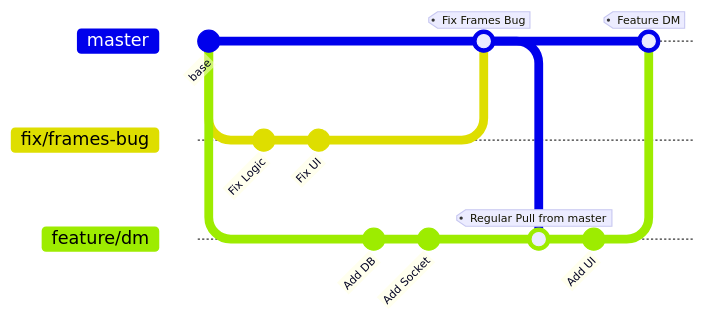
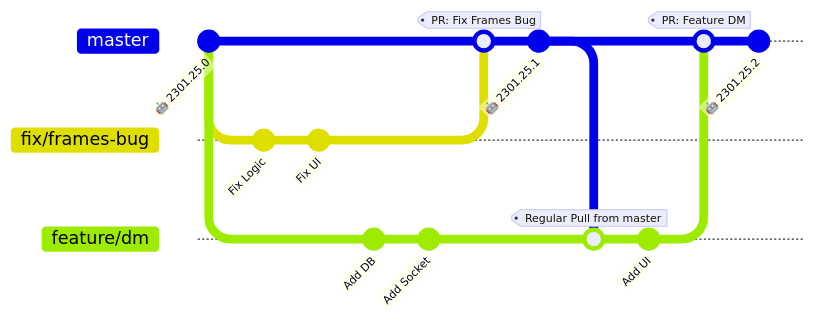
Before and after one commit to okmanideep/app-branching-strategy: the first of 3 diagrams in README.md, drawn with Mermaid. The commit also changed other lines of this file, not shown here.

Commit message:
Update diagrams with bot commits

````diff
--- a/README.md
+++ b/README.md
@@ -19,20 +18,22 @@
 ```mermaid
 %%{init: { 'gitGraph': {'mainBranchName': 'master', 'showCommitLabel': true}} }%%
 
 gitGraph
-	commit id: "base"
+	commit id: "🤖 2301.25.0"
 	branch fix/frames-bug
 	commit id: "Fix Logic"
 	commit id: "Fix UI"
 	checkout master
 	branch feature/dm
 	commit id: "Add DB"
 	commit id: "Add Socket"
 	checkout master
-	merge fix/frames-bug tag: "Fix Frames Bug"
+	merge fix/frames-bug tag: "PR: Fix Frames Bug"
+	commit id: "🤖 2301.25.1"
 	checkout feature/dm
 	merge master tag: "Regular Pull from master"
 	commit id: "Add UI"
 	checkout master
-	merge feature/dm tag: "Feature DM"
+	merge feature/dm tag: "PR: Feature DM"
+	commit id: "🤖 2301.25.2"
 ```
````
